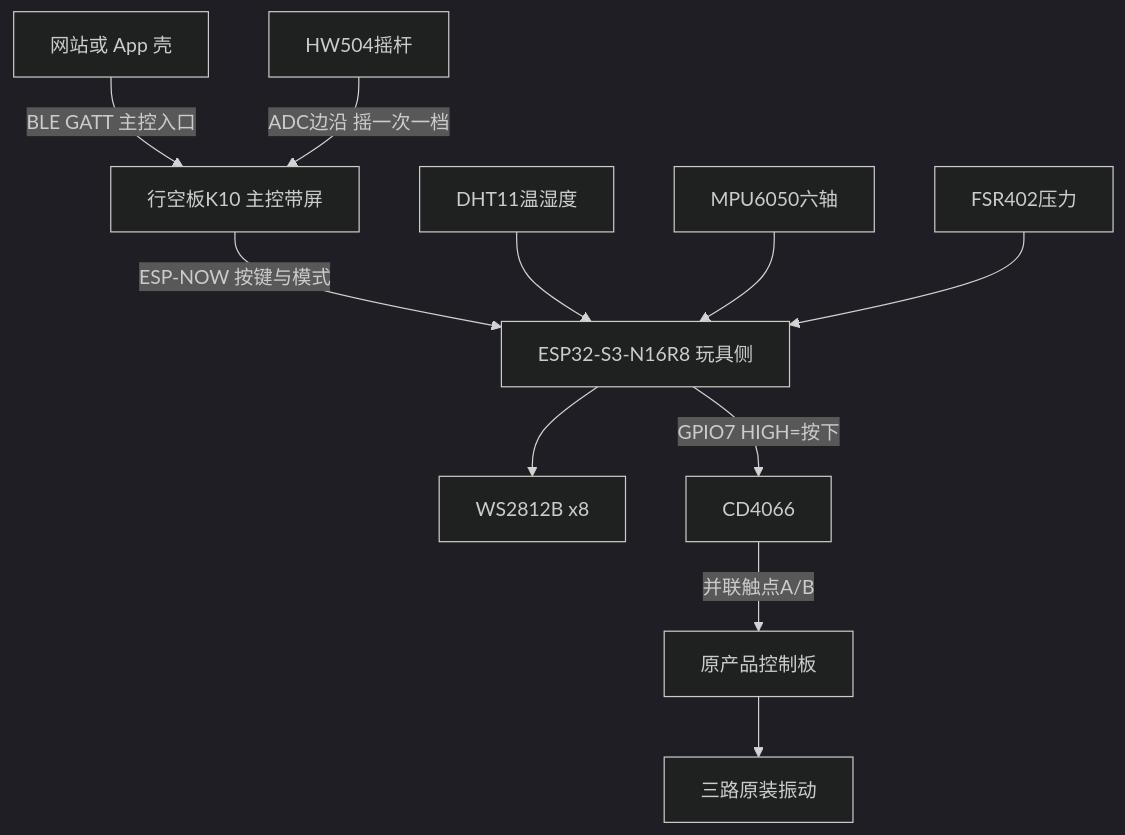
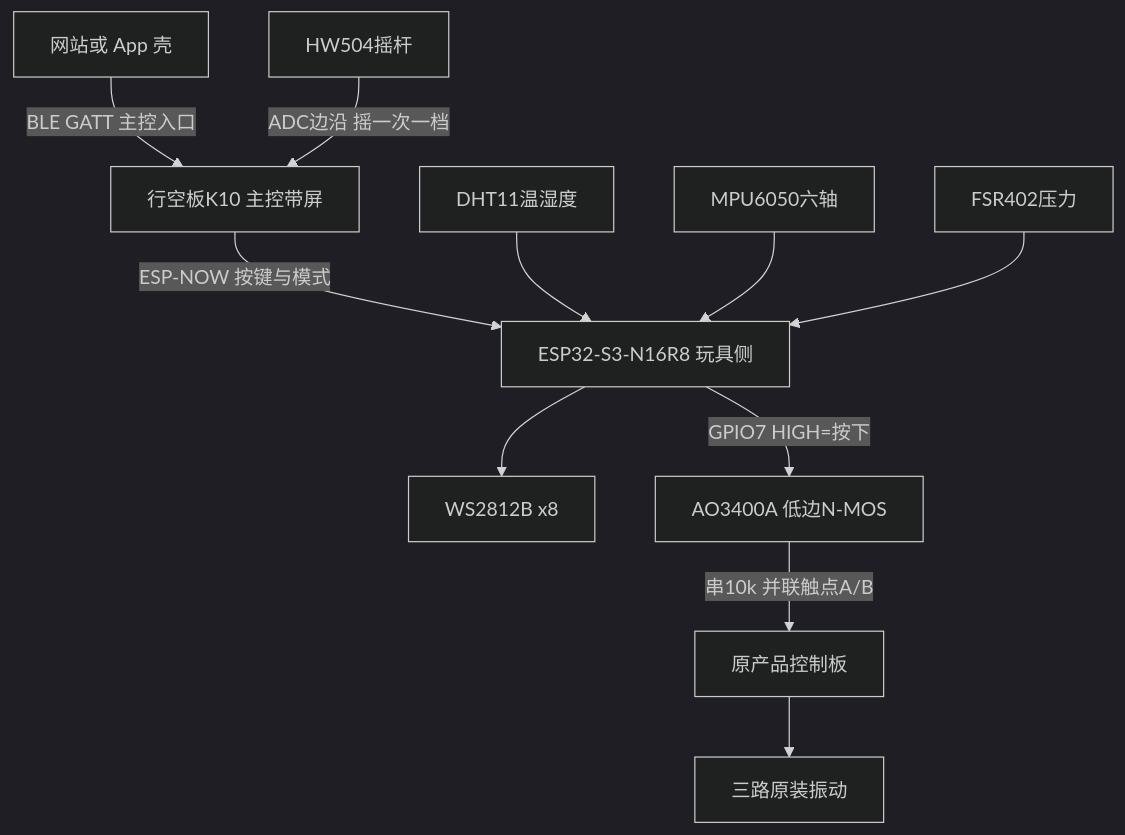
One commit to Binomial-distribution/nascent changed the second of 3 diagrams in docs/architecture/产品架构.md. Above: the diagram before and after it, drawn with Mermaid (dark theme). The commit also changed other lines of this file and 7 other files, not shown here.

````diff
--- a/docs/architecture/产品架构.md
+++ b/docs/architecture/产品架构.md
@@ -124,24 +125,24 @@
 ```mermaid
 flowchart TB
   Phone[网站或 App 壳]
   K10[行空板K10 主控带屏]
   Joy[HW504摇杆]
   Toy[ESP32-S3-N16R8 玩具侧]
   DHT[DHT11温湿度]
   IMU[MPU6050六轴]
   FSR[FSR402压力]
   LED[WS2812B x8]
-  SW[CD4066]
+  SW[AO3400A 低边N-MOS]
   Board[原产品控制板]
   Mot[三路原装振动]
   Phone -->|BLE GATT 主控入口| K10
   Joy -->|ADC边沿 摇一次一档| K10
   K10 -->|ESP-NOW 按键与模式| Toy
   DHT --> Toy
   IMU --> Toy
   FSR --> Toy
   Toy --> LED
   Toy -->|GPIO7 HIGH=按下| SW
-  SW -->|并联触点A/B| Board
+  SW -->|"串10k 并联触点A/B"| Board
   Board --> Mot
 ```
````
